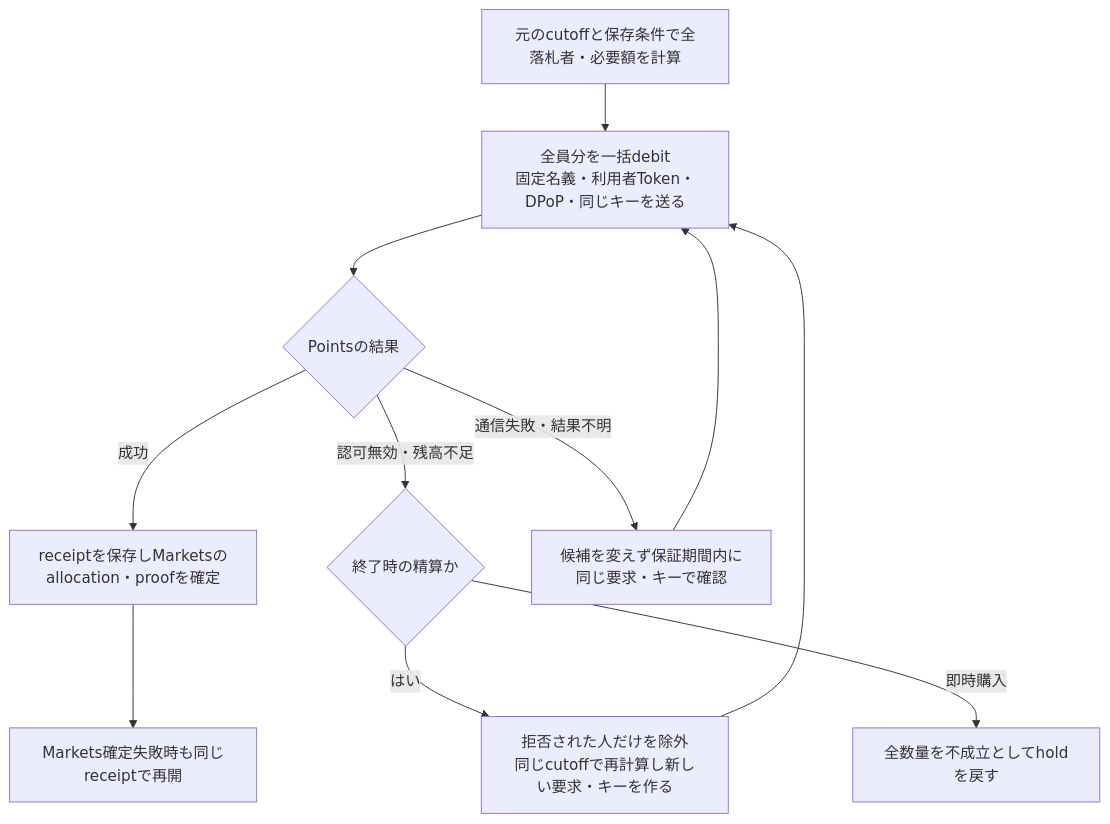
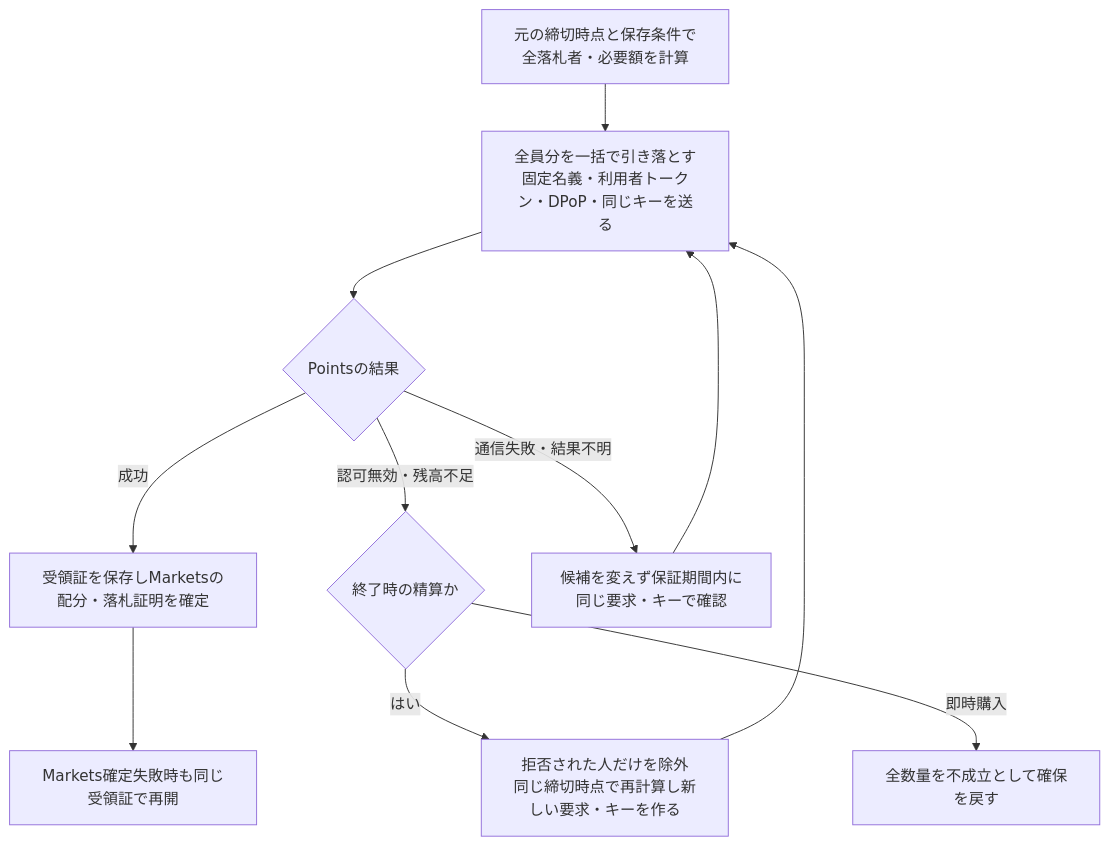
The fifth of 5 diagrams in projects/markets-web-app/docs/specification/v0.2.1/details/all.ja.md (yuichisugio/freeism), drawn with Mermaid before and after one commit. The commit also changed other lines of this file, not shown here.

````diff
--- a/projects/markets-web-app/docs/specification/v0.2.1/details/all.ja.md
+++ b/projects/markets-web-app/docs/specification/v0.2.1/details/all.ja.md
@@ -1987,13 +1862,13 @@
 ```mermaid
 flowchart TD
-  A["元のcutoffと保存条件で全落札者・必要額を計算"] --> B["全員分を一括debit<br/>固定名義・利用者Token・DPoP・同じキーを送る"]
+  A["元の締切時点と保存条件で全落札者・必要額を計算"] --> B["全員分を一括で引き落とす<br/>固定名義・利用者トークン・DPoP・同じキーを送る"]
   B --> C{"Pointsの結果"}
-  C -->|成功| D["receiptを保存しMarketsのallocation・proofを確定"]
+  C -->|成功| D["受領証を保存しMarketsの配分・落札証明を確定"]
   C -->|認可無効・残高不足| E{"終了時の精算か"}
-  E -->|はい| F["拒否された人だけを除外<br/>同じcutoffで再計算し新しい要求・キーを作る"]
+  E -->|はい| F["拒否された人だけを除外<br/>同じ締切時点で再計算し新しい要求・キーを作る"]
   F --> B
-  E -->|即時購入| G["全数量を不成立としてholdを戻す"]
+  E -->|即時購入| G["全数量を不成立として確保を戻す"]
   C -->|通信失敗・結果不明| H["候補を変えず保証期間内に<br/>同じ要求・キーで確認"]
   H --> B
-  D --> I["Markets確定失敗時も同じreceiptで再開"]
+  D --> I["Markets確定失敗時も同じ受領証で再開"]
 ```
````
